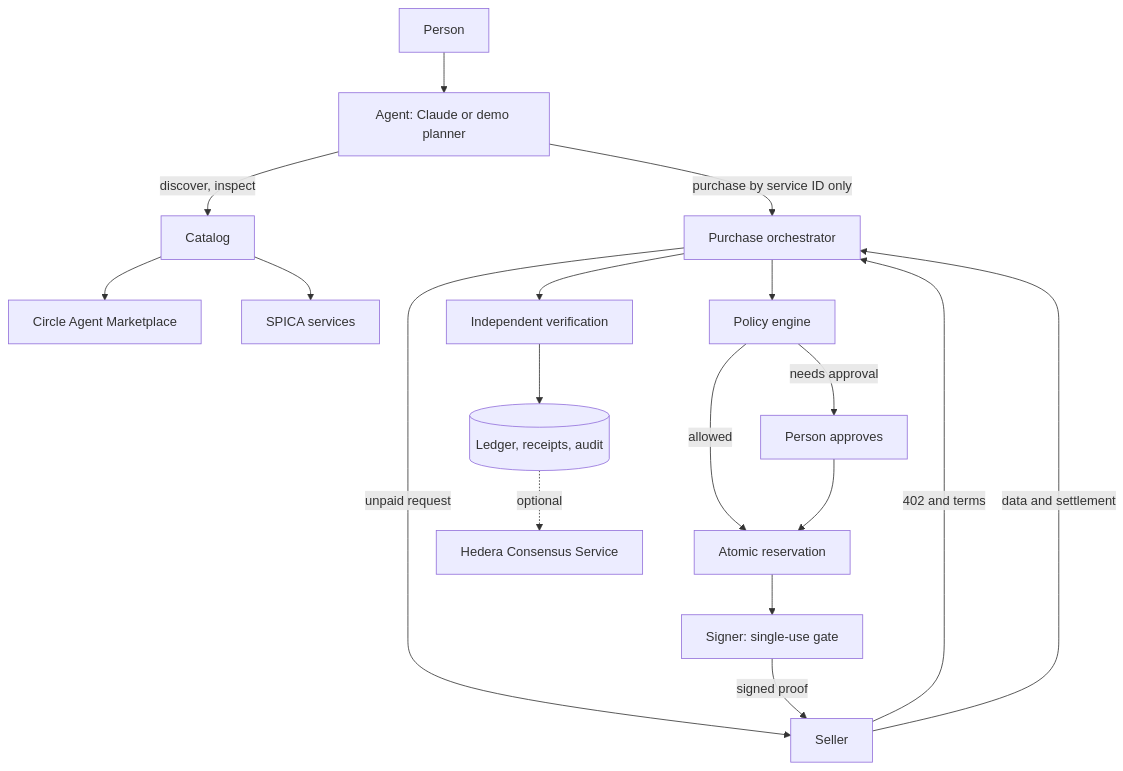
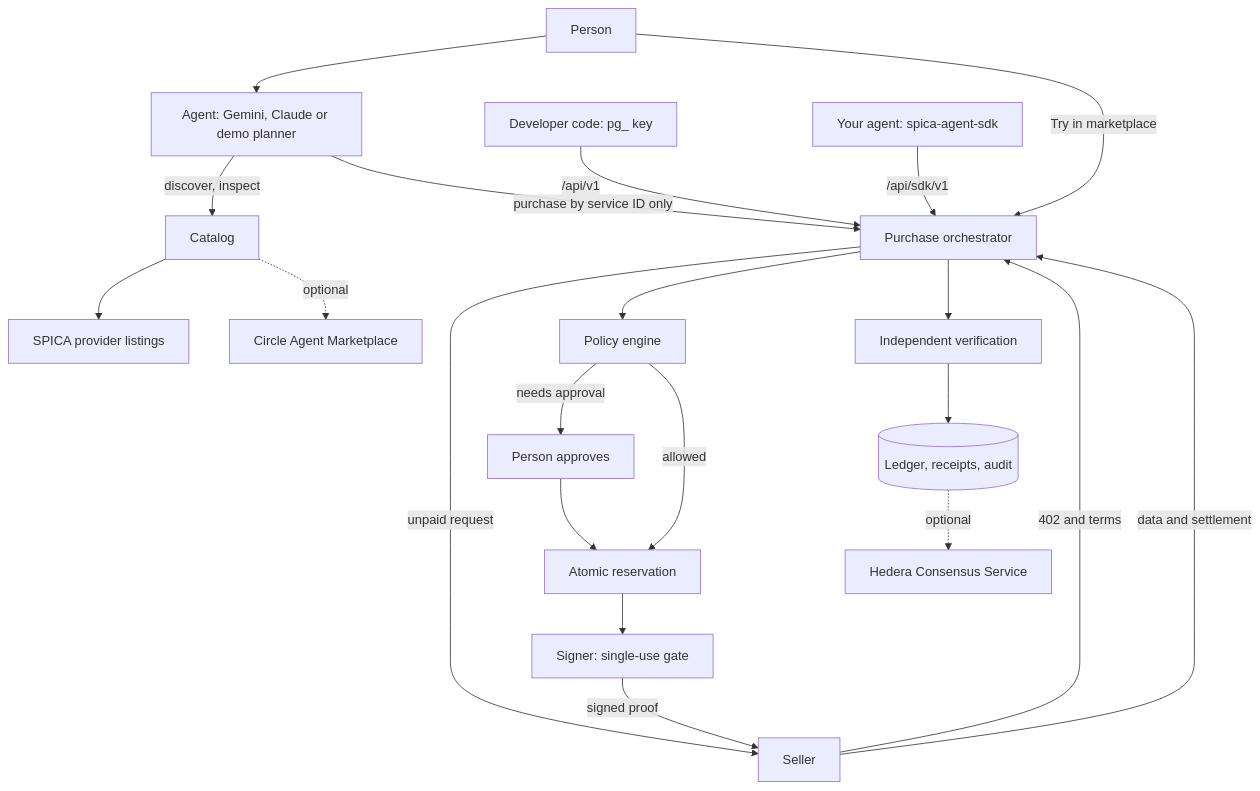
One commit to d-even/Spica changed the diagram in README.md. Above: the diagram before and after it, drawn with Mermaid. The commit also changed other lines of this file and 14 other files, not shown here.

````diff
--- a/README.md
+++ b/README.md
@@ -69,20 +71,23 @@
 ```mermaid
 flowchart TD
-    U[Person] --> A[Agent: Claude or demo planner]
+    U[Person] --> A[Agent: Gemini, Claude or demo planner]
+    U -->|Try in marketplace| P
+    D[Developer code: pg_ key] -->|/api/v1| P
+    SDK[Your agent: spica-agent-sdk] -->|/api/sdk/v1| P
     A -->|discover, inspect| C[Catalog]
-    C --> CM[Circle Agent Marketplace]
-    C --> PG[SPICA services]
+    C --> PG[SPICA provider listings]
+    C -.optional.-> CM[Circle Agent Marketplace]
     A -->|purchase by service ID only| P[Purchase orchestrator]
     P -->|unpaid request| S[Seller]
     S -->|402 and terms| P
     P --> F[Policy engine]
     F -->|needs approval| H[Person approves]
     F -->|allowed| R[Atomic reservation]
     H --> R
     R --> K[Signer: single-use gate]
     K -->|signed proof| S
     S -->|data and settlement| P
     P --> V[Independent verification]
     V --> L[(Ledger, receipts, audit)]
     L -.optional.-> HCS[Hedera Consensus Service]
 ```
````
